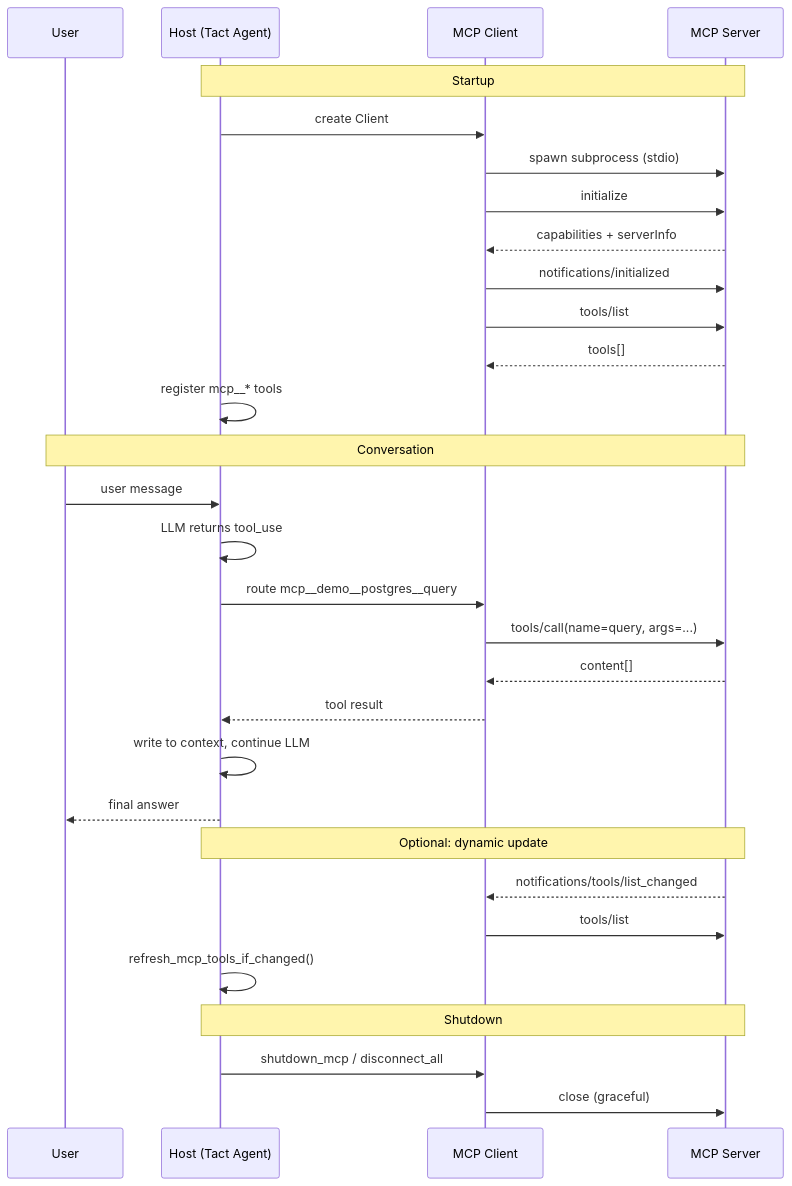
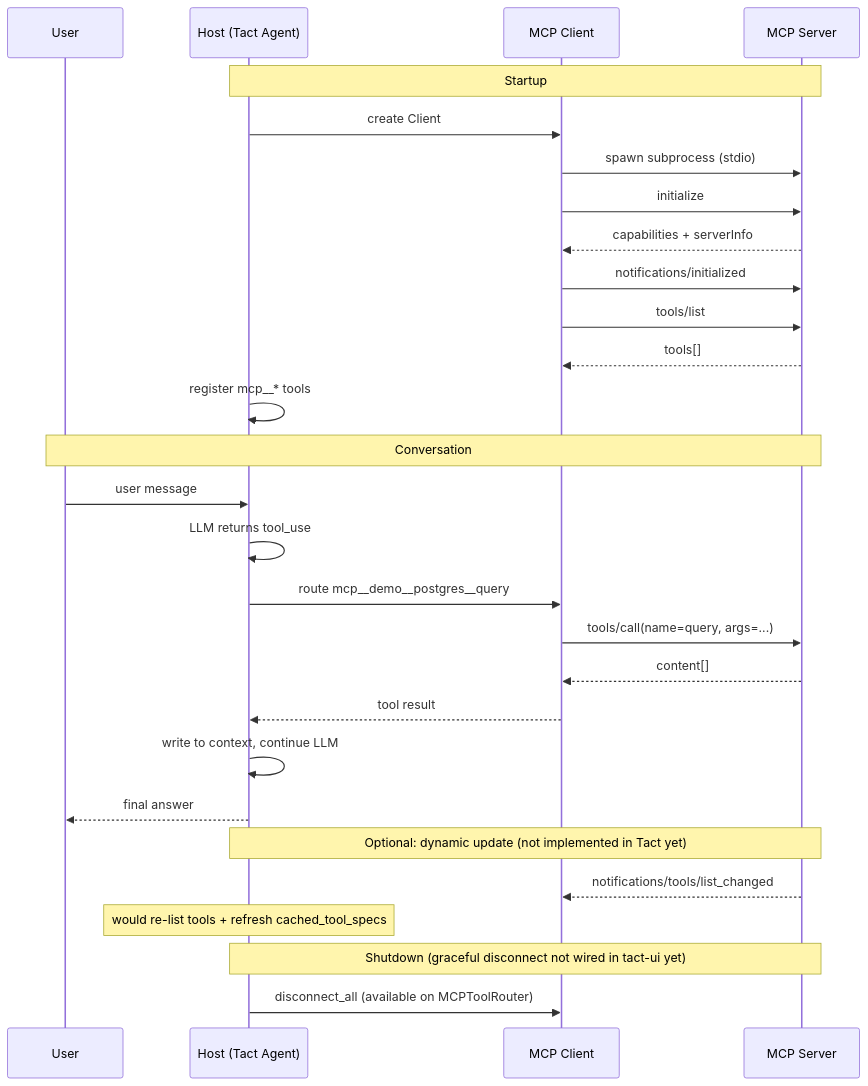
Before and after one commit to rust-infra/tact: the second of 2 diagrams in book/08_chapter_mcp.md, drawn with Mermaid. The commit also changed other lines of this file and 13 other files, not shown here.

````diff
--- a/book/08_chapter_mcp.md
+++ b/book/08_chapter_mcp.md
@@ -385,36 +383,33 @@
 ```mermaid
 sequenceDiagram
     participant User as User
     participant Host as Host (Tact Agent)
     participant Client as MCP Client
     participant Server as MCP Server
 
     Note over Host,Server: Startup
     Host->>Client: create Client
     Client->>Server: spawn subprocess (stdio)
     Client->>Server: initialize
     Server-->>Client: capabilities + serverInfo
     Client->>Server: notifications/initialized
     Client->>Server: tools/list
     Server-->>Client: tools[]
     Host->>Host: register mcp__* tools
 
     Note over User,Server: Conversation
     User->>Host: user message
     Host->>Host: LLM returns tool_use
     Host->>Client: route mcp__demo__postgres__query
     Client->>Server: tools/call(name=query, args=...)
     Server-->>Client: content[]
     Client-->>Host: tool result
     Host->>Host: write to context, continue LLM
     Host-->>User: final answer
 
-    Note over Host,Server: Optional: dynamic update
+    Note over Host,Server: Optional: dynamic update (not implemented in Tact yet)
     Server-->>Client: notifications/tools/list_changed
-    Client->>Server: tools/list
-    Host->>Host: refresh_mcp_tools_if_changed()
-
-    Note over Host,Server: Shutdown
-    Host->>Client: shutdown_mcp / disconnect_all
-    Client->>Server: close (graceful)
+    Note over Host: would re-list tools + refresh cached_tool_specs
+    Note over Host,Server: Shutdown (graceful disconnect not wired in tact-ui yet)
+    Host->>Client: disconnect_all (available on MCPToolRouter)
 ```
````
